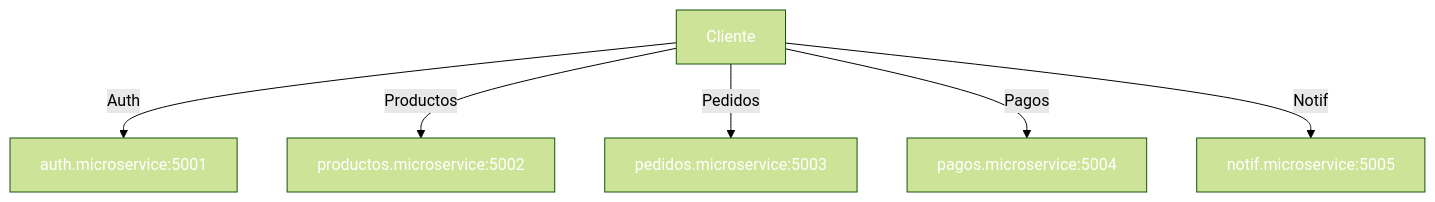
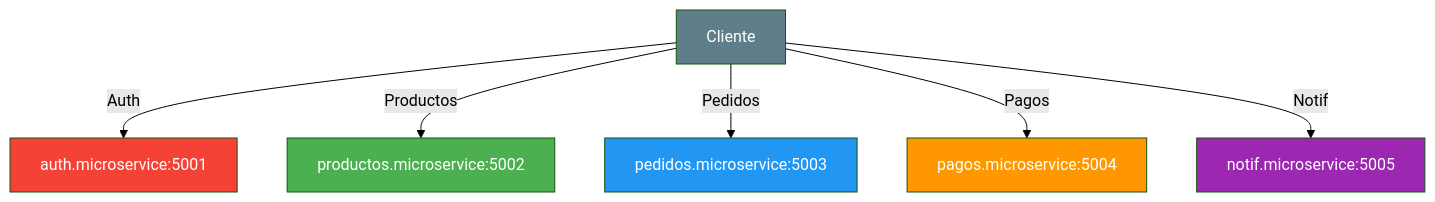
One commit to joseluisgs/DesarrolloWebEntornosServidor-02-2026-2027 changed the fourth of 10 diagrams in 31-api-gateway.md. Above: the diagram before and after it, drawn with Mermaid (forest theme). The commit also changed other lines of this file and 29 other files, not shown here.

Commit message:
docs: corregir estilos Mermaid y estilo, quitar referencias a la Tienda y reestructurar los retos 13 y 15

````diff
--- a/31-api-gateway.md
+++ b/31-api-gateway.md
@@ -186,14 +186,14 @@
 ```mermaid
 graph TD
     CL["Cliente"] -->|Auth| A["auth.microservice:5001"]
     CL -->|Productos| P["productos.microservice:5002"]
     CL -->|Pedidos| PD["pedidos.microservice:5003"]
     CL -->|Pagos| PG["pagos.microservice:5004"]
     CL -->|Notif| N["notif.microservice:5005"]
-    style CL fill:#607D8,color:#fffB,color:#fff
-    style A fill:#f4433,color:#fff6,color:#fff
-    style P fill:#4CAF5,color:#fff0,color:#fff
-    style PD fill:#2196F,color:#fff3,color:#fff
-    style PG fill:#FF980,color:#fff0,color:#fff
-    style N fill:#9C27B,color:#fff0,color:#fff
+    style CL fill:#607D8B,color:#fff
+    style A fill:#f44336,color:#fff
+    style P fill:#4CAF50,color:#fff
+    style PD fill:#2196F3,color:#fff
+    style PG fill:#FF9800,color:#fff
+    style N fill:#9C27B0,color:#fff
 ```
````
